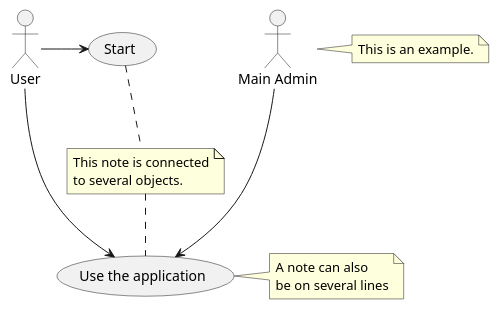
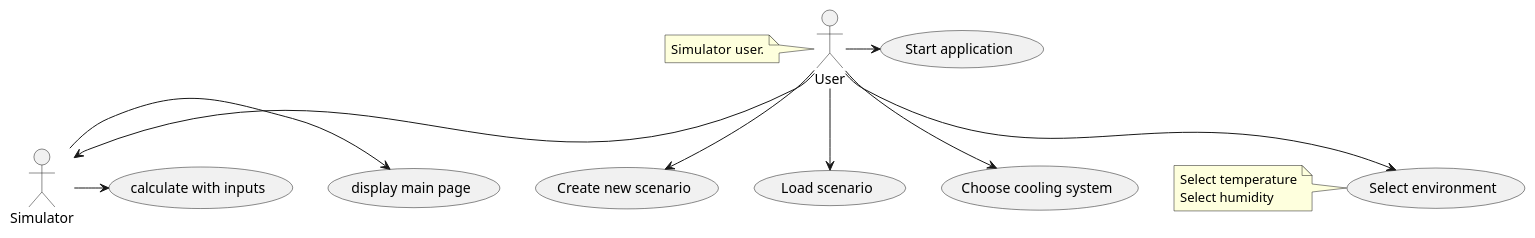
Before and after one commit to flosansco/BusTify: the diagram in Documentation/use_case.puml, drawn with PlantUML. The commit also changed 18 other files, not shown here.

```diff
--- a/Documentation/use_case.puml
+++ b/Documentation/use_case.puml
@@ -1,22 +1,33 @@
 @startuml
 'https://plantuml.com/use-case-diagram
 
-:Main Admin: as Admin
-(Use the application) as (Use)
+:Simulator:
+(display main page)
+(calculate with inputs)
 
-User -> (Start)
-User --> (Use)
+:User:
+(Start application) as (start)
+(Create new scenario)
+(Load scenario)
+(Choose cooling system)
+(Select environment)
 
-Admin ---> (Use)
+User -> (start)
+User --> (Create new scenario)
+User --> (Load scenario)
+User --> (Choose cooling system)
+User --> (Select environment)
+User --> Simulator
 
-note right of Admin : This is an example.
+top to bottom direction
+Simulator -> (display main page)
+Simulator -> (calculate with inputs)
 
-note right of (Use)
-A note can also
-be on several lines
+note left of User : Simulator user.
+
+note left of (Select environment)
+Select temperature
+Select humidity
 end note
 
-note "This note is connected\nto several objects." as N2
-(Start) .. N2
-N2 .. (Use)
 @enduml
```
